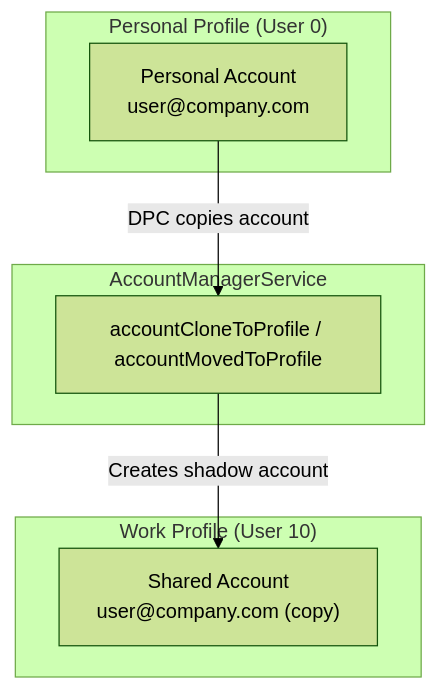
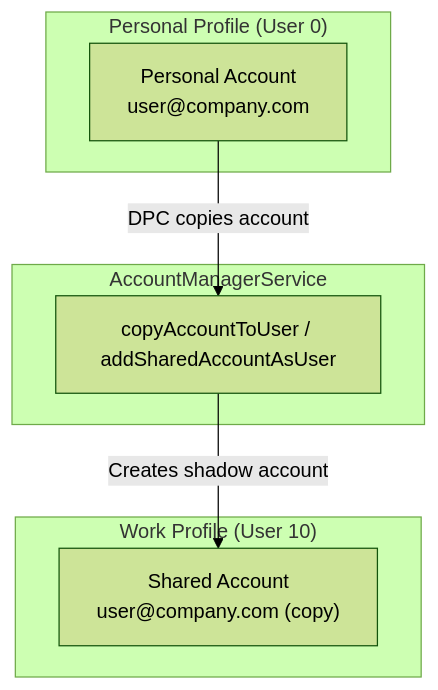
The sixth of 17 diagrams in 32-account-sync.md (aospbooks/aosp-internal-book), drawn with Mermaid (forest theme) before and after one commit. The commit also changed other lines of this file and 218 other files, not shown here.

````diff
--- a/32-account-sync.md
+++ b/32-account-sync.md
@@ -846,17 +869,17 @@
 ```mermaid
 graph TD
     subgraph "Personal Profile (User 0)"
         PA["Personal Account<br/>user@company.com"]
     end
 
     subgraph "Work Profile (User 10)"
         WA["Shared Account<br/>user@company.com (copy)"]
     end
 
     subgraph AccountManagerService
-        AMS[accountCloneToProfile / accountMovedToProfile]
+        AMS["copyAccountToUser / addSharedAccountAsUser"]
     end
 
     PA -->|DPC copies account| AMS
     AMS -->|Creates shadow account| WA
 ```
````
